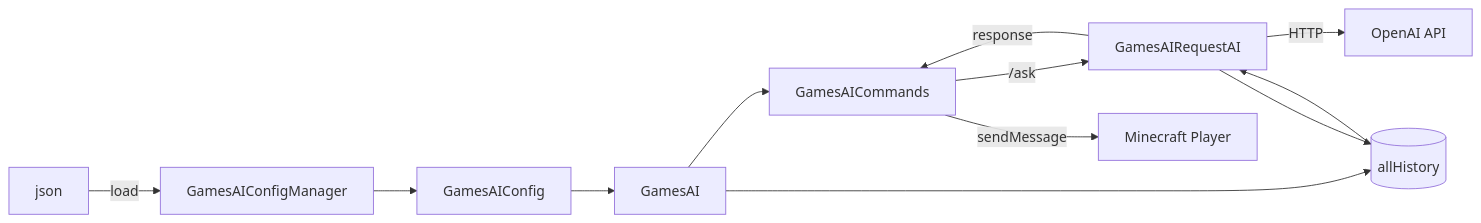
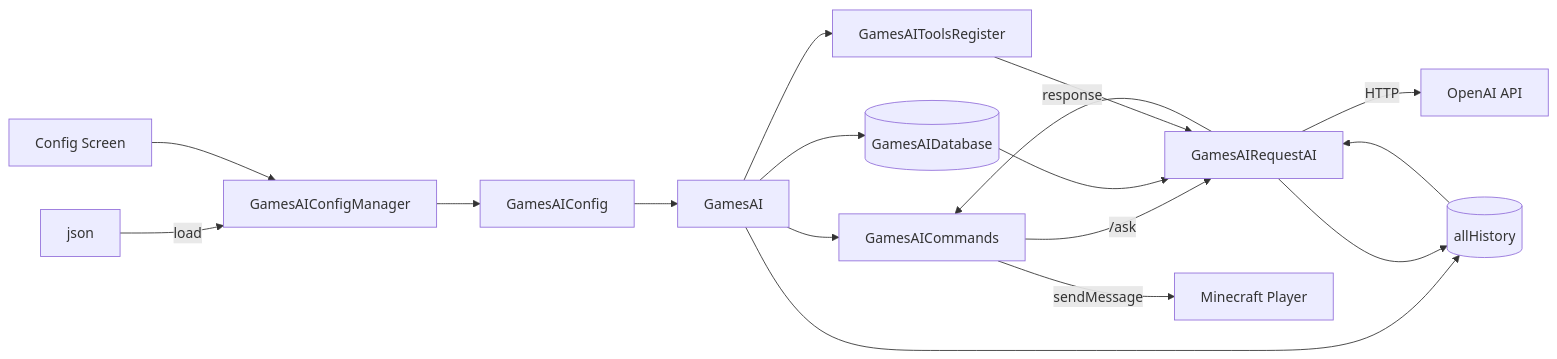
The diagram in README.md (PengZixuan30/GamesAI), drawn with Mermaid before and after one commit. The commit also changed other lines of this file and 22 other files, not shown here.

````diff
--- a/README.md
+++ b/README.md
@@ -175,14 +458,19 @@
 ```mermaid
 flowchart LR
     Config[json] -->|load| Manager[GamesAIConfigManager]
     Manager --> Model[GamesAIConfig]
     Model --> Main[GamesAI]
     Main --> Cmd[GamesAICommands]
     Cmd -->|/ask| API[GamesAIRequestAI]
     API -->|HTTP| OpenAI[OpenAI API]
     Main --> History[(allHistory)]
     History --> API
     API --> History
     API -->|response| Cmd
     Cmd -->|sendMessage| Player[Minecraft Player]
+    Main --> DB[(GamesAIDatabase)]
+    DB --> API
+    Main --> Tools[GamesAIToolsRegister]
+    Tools --> API
+    GUI[Config Screen] --> Manager
 ```
````
